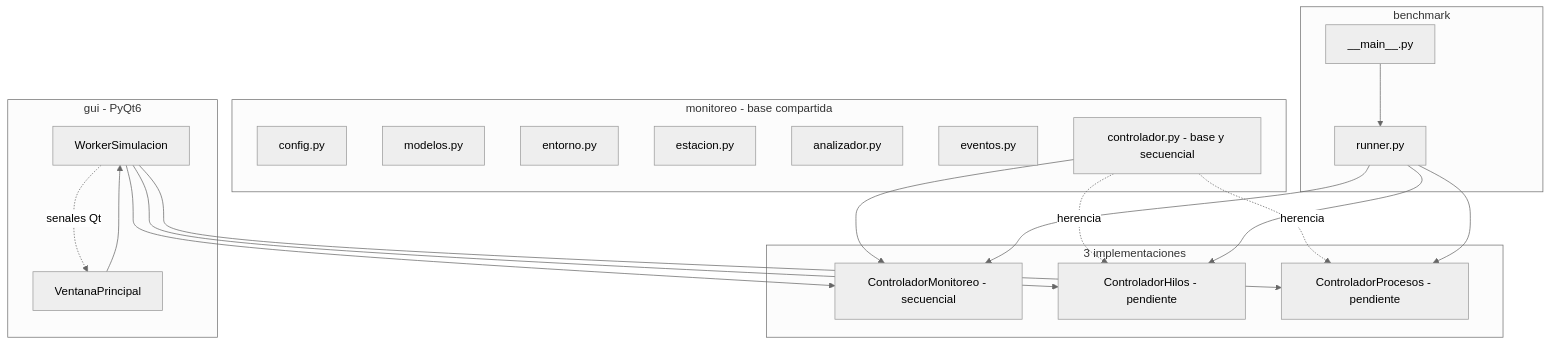
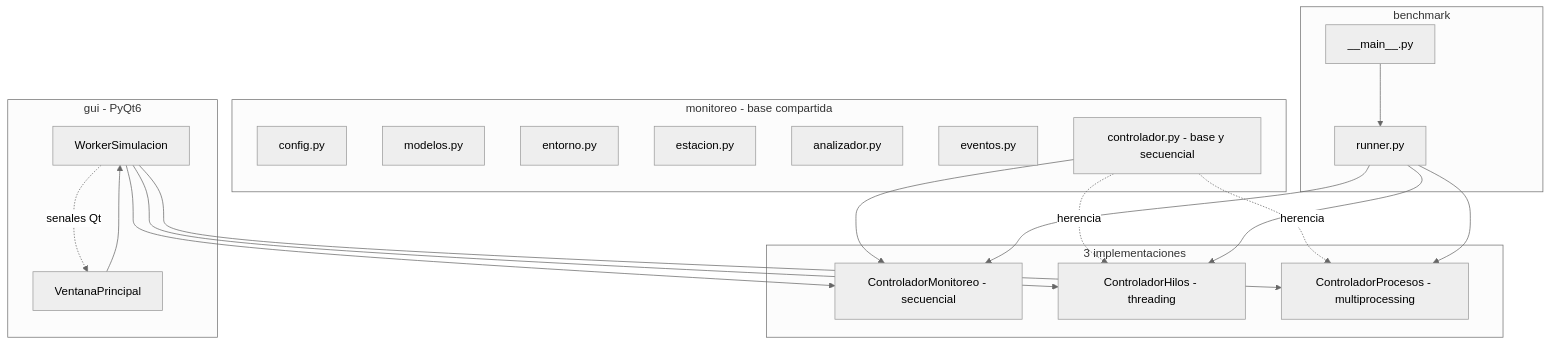
The first of 2 diagrams in README.md (FepDev25/practica-monitoreo-ambiental), drawn with Mermaid (neutral theme) before and after one commit. The commit also changed other lines of this file and 8 other files, not shown here.

Commit message:
Implementar controladores de hilos y procesos

````diff
--- a/README.md
+++ b/README.md
@@ -89,43 +98,43 @@
 ```mermaid
 flowchart TD
     subgraph MONITOREO[monitoreo - base compartida]
         CONFIG[config.py]
         MODELOS[modelos.py]
         ENTORNO[entorno.py]
         ESTACION[estacion.py]
         ANALIZADOR[analizador.py]
         EVENTOS[eventos.py]
         BASE_CTRL[controlador.py - base y secuencial]
     end
 
     subgraph VERSIONES[3 implementaciones]
         SEQ[ControladorMonitoreo - secuencial]
-        HILOS[ControladorHilos - pendiente]
-        PROCESOS[ControladorProcesos - pendiente]
+        HILOS[ControladorHilos - threading]
+        PROCESOS[ControladorProcesos - multiprocessing]
     end
 
     BASE_CTRL --> SEQ
     BASE_CTRL -. "herencia" .-> HILOS
     BASE_CTRL -. "herencia" .-> PROCESOS
 
     subgraph BENCH[benchmark]
         RUNNER[runner.py]
         CLI[__main__.py]
     end
 
     CLI --> RUNNER
     RUNNER --> SEQ
     RUNNER --> HILOS
     RUNNER --> PROCESOS
 
     subgraph GUI[gui - PyQt6]
         WORKER[WorkerSimulacion]
         VENTANA[VentanaPrincipal]
     end
 
     VENTANA --> WORKER
     WORKER --> SEQ
     WORKER --> HILOS
     WORKER --> PROCESOS
     WORKER -. "senales Qt" .-> VENTANA
 ```
````
